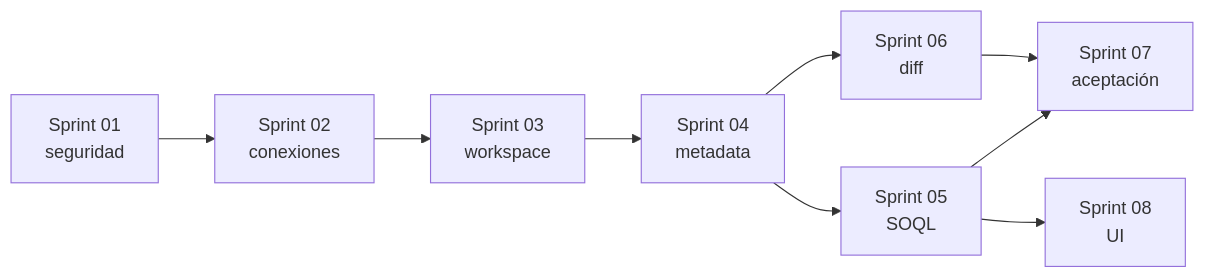
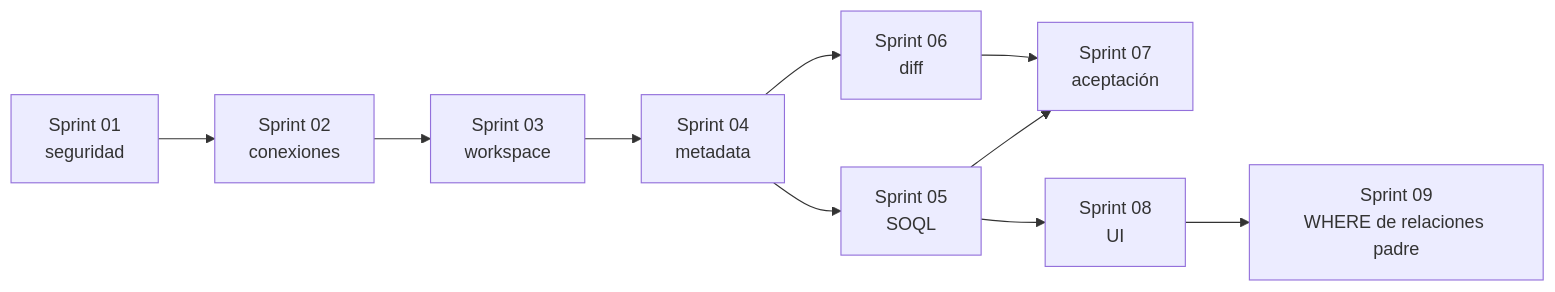
Before and after one commit to eBarrero/sfstudio: the diagram in doc/PLAN_DE_SPRINTS.md, drawn with Mermaid. The commit also changed other lines of this file and 19 other files, not shown here.

Commit message:
feat(PBI-032): unificar filtros WHERE de relaciones padre

````diff
--- a/doc/PLAN_DE_SPRINTS.md
+++ b/doc/PLAN_DE_SPRINTS.md
@@ -35,11 +36,12 @@
 ```mermaid
 flowchart LR
     S1[Sprint 01<br/>seguridad] --> S2[Sprint 02<br/>conexiones]
     S2 --> S3[Sprint 03<br/>workspace]
     S3 --> S4[Sprint 04<br/>metadata]
     S4 --> S5[Sprint 05<br/>SOQL]
     S4 --> S6[Sprint 06<br/>diff]
     S5 --> S7[Sprint 07<br/>aceptación]
     S6 --> S7
     S5 --> S8[Sprint 08<br/>UI]
+    S8 --> S9[Sprint 09<br/>WHERE de relaciones padre]
 ```
````
